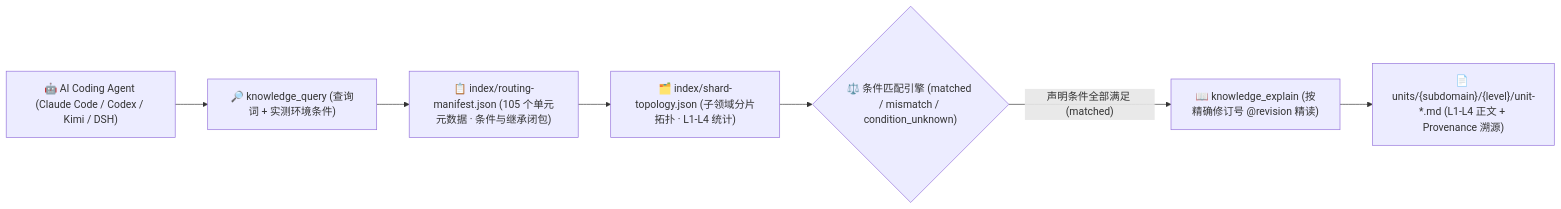
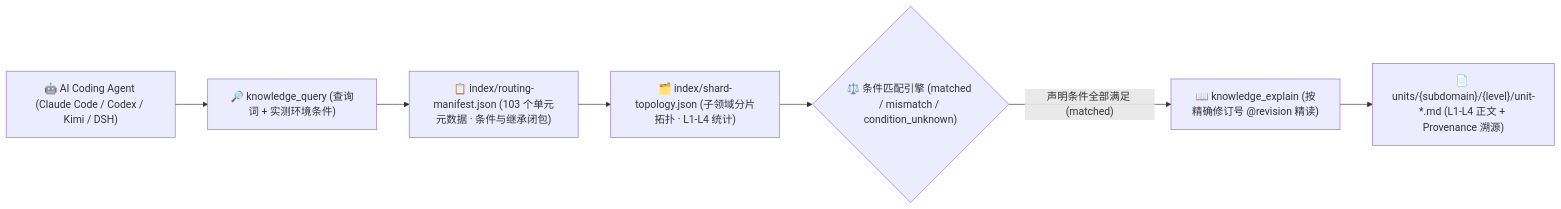
Before and after one commit to mindie-agent/knowledge-operators: the diagram in README.md, drawn with Mermaid. The commit also changed other lines of this file and 5 other files, not shown here.

````diff
--- a/README.md
+++ b/README.md
@@ -102,13 +102,13 @@
 ```mermaid
 flowchart LR
   Agent["🤖 AI Coding Agent (Claude Code / Codex / Kimi / DSH)"]
   Query["🔎 knowledge_query (查询词 + 实测环境条件)"]
-  Manifest["📋 index/routing-manifest.json (105 个单元元数据 · 条件与继承闭包)"]
+  Manifest["📋 index/routing-manifest.json (103 个单元元数据 · 条件与继承闭包)"]
   Topology["🗂️ index/shard-topology.json (子领域分片拓扑 · L1-L4 统计)"]
   Match{"⚖️ 条件匹配引擎 (matched / mismatch / condition_unknown)"}
   Explain["📖 knowledge_explain (按精确修订号 @revision 精读)"]
   Units["📄 units/{subdomain}/{level}/unit-*.md (L1-L4 正文 + Provenance 溯源)"]
 
   Agent --> Query --> Manifest --> Topology --> Match
   Match -- "声明条件全部满足 (matched)" --> Explain --> Units
 ```
````
